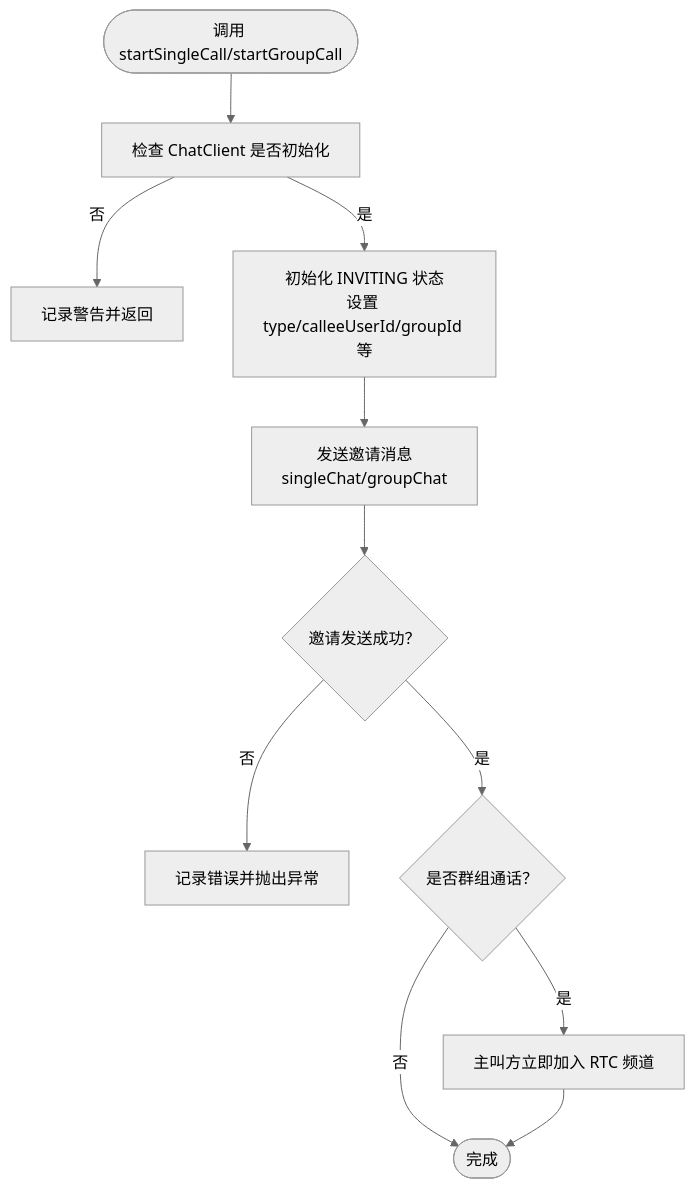
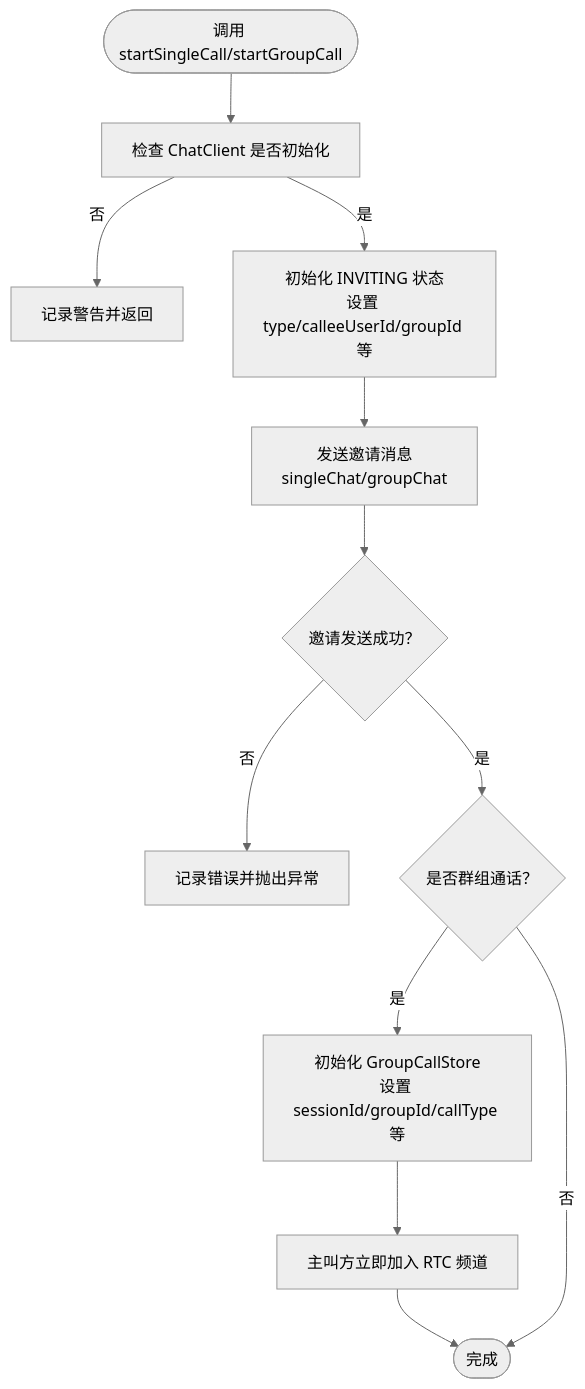
One commit to Easemob-Community/easemob-uikit-callkit-vue3 changed the third of 7 diagrams in .qoder/repowiki/zh/content/API 参考/组合式 API/通话控制 API.md. Above: the diagram before and after it, drawn with Mermaid (neutral theme). The commit also changed other lines of this file and 40 other files, not shown here.

````diff
--- a/.qoder/repowiki/zh/content/API 参考/组合式 API/通话控制 API.md
+++ b/.qoder/repowiki/zh/content/API 参考/组合式 API/通话控制 API.md
@@ -247,13 +262,14 @@
 ```mermaid
 flowchart TD
 Start(["调用 startSingleCall/startGroupCall"]) --> CheckClient["检查 ChatClient 是否初始化"]
 CheckClient --> |否| WarnClient["记录警告并返回"]
 CheckClient --> |是| InitState["初始化 INVITING 状态<br/>设置 type/calleeUserId/groupId 等"]
 InitState --> SendInvite["发送邀请消息<br/>singleChat/groupChat"]
 SendInvite --> InviteOK{"邀请发送成功？"}
 InviteOK --> |否| ThrowErr["记录错误并抛出异常"]
 InviteOK --> |是| GroupCheck{"是否群组通话？"}
-GroupCheck --> |是| JoinRTC["主叫方立即加入 RTC 频道"]
-GroupCheck --> |否| End(["完成"])
-JoinRTC --> End
+GroupCheck --> |是| InitGroupStore["初始化 GroupCallStore<br/>设置 sessionId/groupId/callType 等"]
+InitGroupStore --> JoinRTC["主叫方立即加入 RTC 频道"]
+JoinRTC --> End(["完成"])
+GroupCheck --> |否| End
 ```
````
